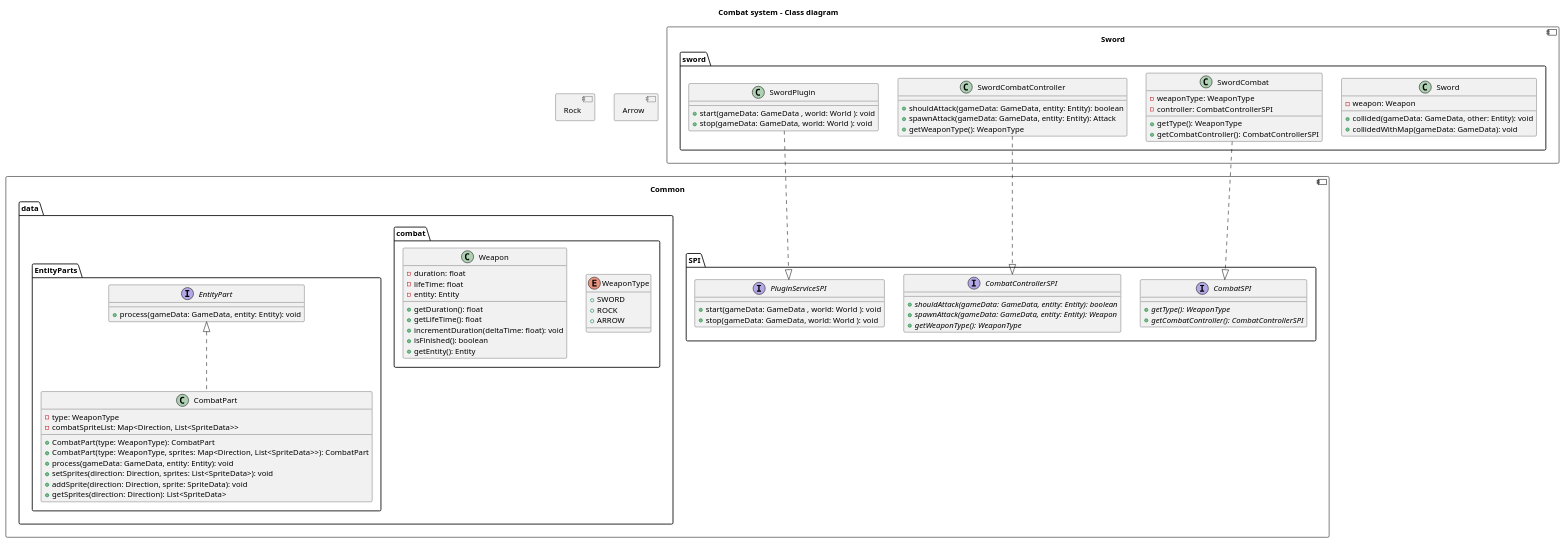
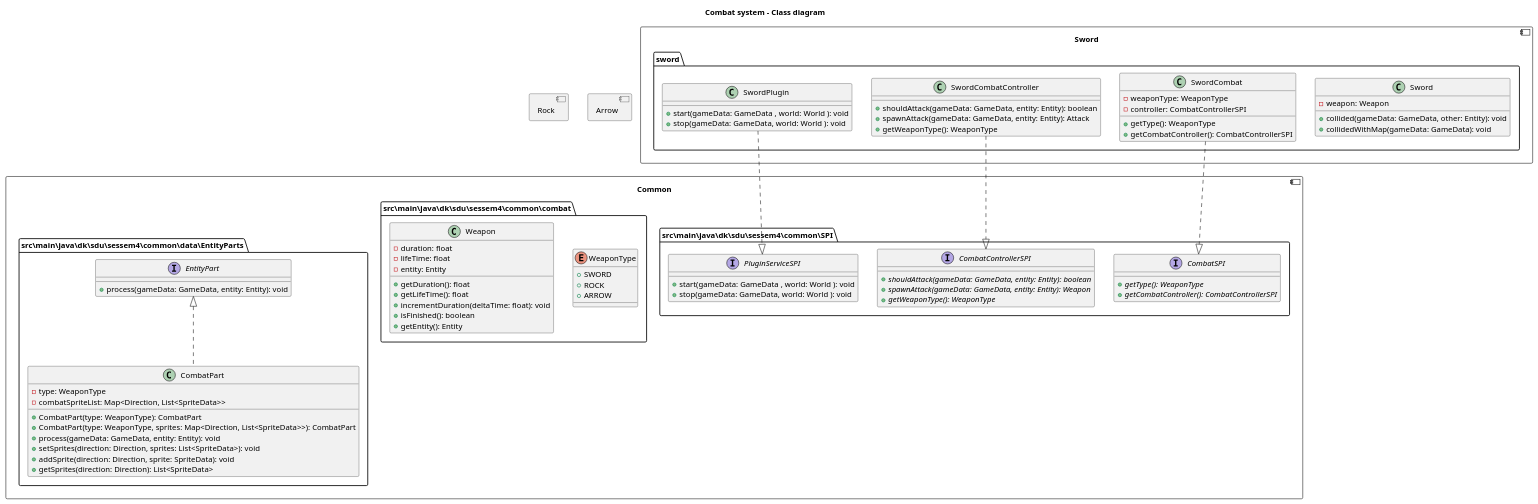
Before and after one commit to sesem4/Nelda: the diagram in docs/diagrams/ClassDiagrams/combat.puml, drawn with PlantUML. The commit also changed 3 other files, not shown here.

Commit message:
Class diagram are modified

```diff
--- a/docs/diagrams/ClassDiagrams/combat.puml
+++ b/docs/diagrams/ClassDiagrams/combat.puml
@@ -1,106 +1,106 @@
 @startuml Class diagram
 
 title Combat system - Class diagram
 
 
 
 component "Common" {
-    package SPI {
+    package src\main\java\dk\sdu\sessem4\common\SPI {
         interface CombatSPI {
             + {abstract} getType(): WeaponType
             + {abstract} getCombatController(): CombatControllerSPI
         }
 
         interface CombatControllerSPI {
             + {abstract} shouldAttack(gameData: GameData, entity: Entity): boolean
             + {abstract} spawnAttack(gameData: GameData, entity: Entity): Weapon
             + {abstract} getWeaponType(): WeaponType
         }
 
         interface PluginServiceSPI {
             +  start(gameData: GameData , world: World ): void
             +  stop(gameData: GameData, world: World ): void
         }
     }
 
-    package data.combat {
+    package src\main\java\dk\sdu\sessem4\common\combat {
         enum WeaponType {
             + SWORD
             + ROCK
             + ARROW
         }
 
         class Weapon {
             - duration: float
             - lifeTime: float
             - entity: Entity
 
             + getDuration(): float
             + getLifeTime(): float
             + incrementDuration(deltaTime: float): void
             + isFinished(): boolean
             + getEntity(): Entity
         }
     }
 
-    package data.EntityParts {
+    package src\main\java\dk\sdu\sessem4\common\data\EntityParts  {
         interface EntityPart {
             + process(gameData: GameData, entity: Entity): void
         }
 
         class CombatPart implements EntityPart {
             - type: WeaponType
             - combatSpriteList: Map<Direction, List<SpriteData>>
 
             + CombatPart(type: WeaponType): CombatPart
             + CombatPart(type: WeaponType, sprites: Map<Direction, List<SpriteData>>): CombatPart
             + process(gameData: GameData, entity: Entity): void
             + setSprites(direction: Direction, sprites: List<SpriteData>): void
             + addSprite(direction: Direction, sprite: SpriteData): void
             + getSprites(direction: Direction): List<SpriteData>
         }
     }
 }
 
 component "Sword" {
     package "sword" {
         class Sword {
             - weapon: Weapon
             + collided(gameData: GameData, other: Entity): void
             + collidedWithMap(gameData: GameData): void
         }
 
         class SwordPlugin {
             +  start(gameData: GameData , world: World ): void
             +  stop(gameData: GameData, world: World ): void
         }
 
         class SwordCombat {
             - weaponType: WeaponType
             - controller: CombatControllerSPI
             + getType(): WeaponType
             + getCombatController(): CombatControllerSPI
         }
 
         class SwordCombatController{
             + shouldAttack(gameData: GameData, entity: Entity): boolean
             + spawnAttack(gameData: GameData, entity: Entity): Attack
             + getWeaponType(): WeaponType
         }
 
     }
 
 }
 SwordPlugin ..|> PluginServiceSPI
 SwordCombat ..|> CombatSPI
 SwordCombatController ..|> CombatControllerSPI
 
 
 component "Rock" {
 }
 
 component "Arrow" {
 }
 
 
 @enduml
```
